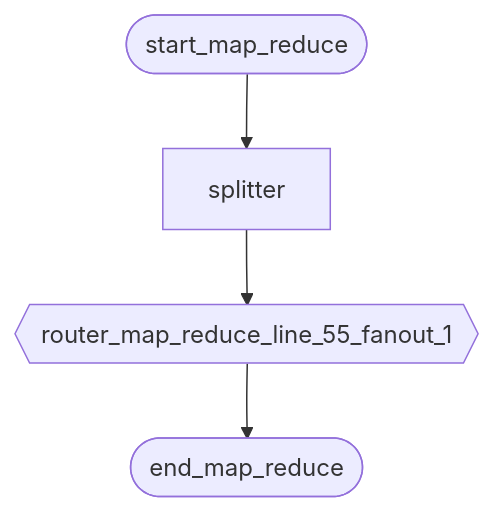
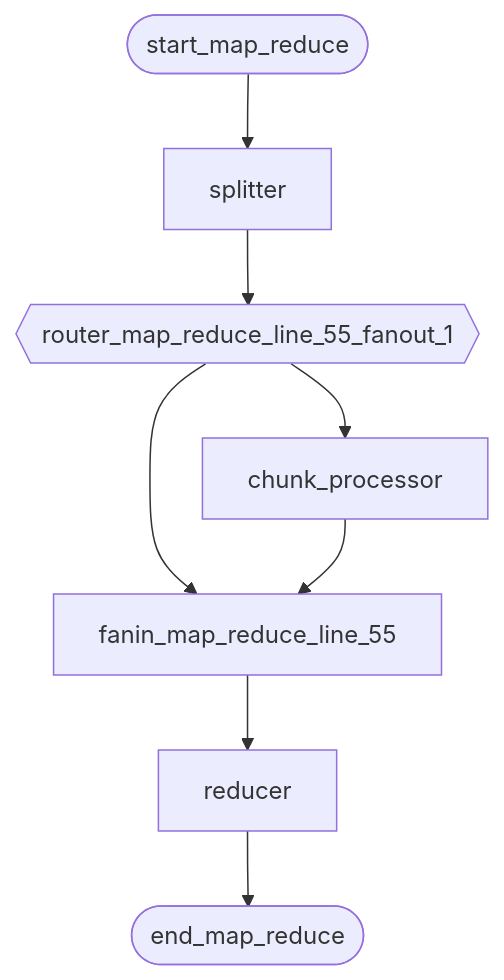
Before and after one commit to deliveryhero/asya: the diagram in examples/flows/agentic/compiled/map_reduce/flow.mmd, drawn with Mermaid. The commit also changed 108 other files, not shown here.

```diff
--- a/examples/flows/agentic/compiled/map_reduce/flow.mmd
+++ b/examples/flows/agentic/compiled/map_reduce/flow.mmd
@@ -1,11 +1,18 @@
 flowchart TD
     %% Flow: map_reduce
 
+    chunk_processor[chunk_processor]
     end_map_reduce([end_map_reduce])
+    fanin_map_reduce_line_55[fanin_map_reduce_line_55]
+    reducer[reducer]
     router_map_reduce_line_55_fanout_1{{router_map_reduce_line_55_fanout_1}}
     splitter[splitter]
     start_map_reduce([start_map_reduce])
 
     start_map_reduce --> splitter
     splitter --> router_map_reduce_line_55_fanout_1
-    router_map_reduce_line_55_fanout_1 --> end_map_reduce
+    router_map_reduce_line_55_fanout_1 --> fanin_map_reduce_line_55
+    fanin_map_reduce_line_55 --> reducer
+    router_map_reduce_line_55_fanout_1 --> chunk_processor
+    chunk_processor --> fanin_map_reduce_line_55
+    reducer --> end_map_reduce
```
